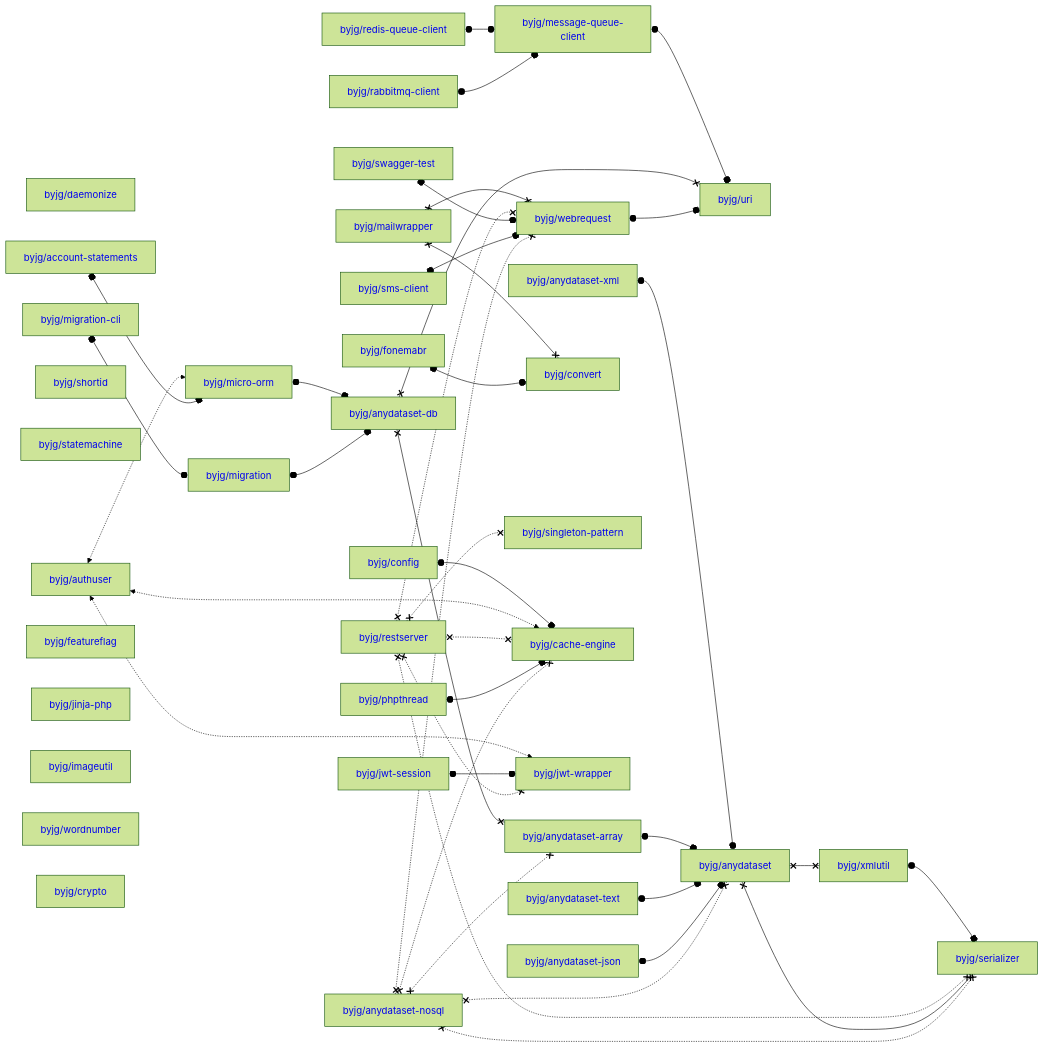
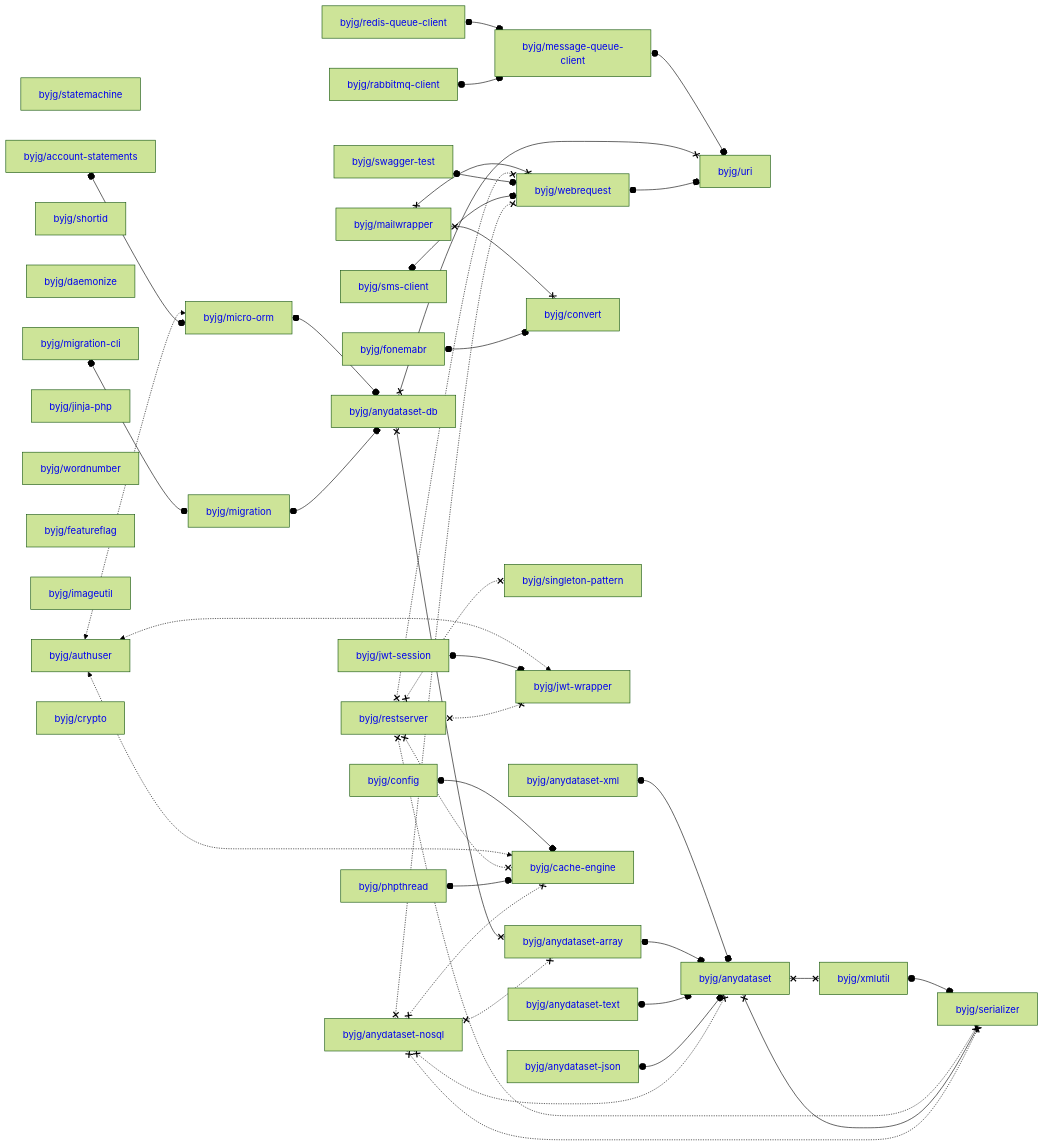
One commit to byjg/byjg.github.io changed the diagram in docs/php/README.md. Above: the diagram before and after it, drawn with Mermaid (forest theme). The commit also changed other lines of this file, not shown here.

Commit message:
Update documentation 'php' 'php-migration'

````diff
--- a/docs/php/README.md
+++ b/docs/php/README.md
@@ -3,80 +3,80 @@
 ```mermaid
 graph LR;
+  byjg/statemachine[<a href='https://opensource.byjg.com/docs/php/statemachine' style='text-decoration:none'>byjg/statemachine</a>];
+  byjg/config[<a href='https://opensource.byjg.com/docs/php/config' style='text-decoration:none'>byjg/config</a>];
+  byjg/swagger-test[<a href='https://opensource.byjg.com/docs/php/swagger-test' style='text-decoration:none'>byjg/swagger-test</a>];
+  byjg/anydataset-json[<a href='https://opensource.byjg.com/docs/php/anydataset-json' style='text-decoration:none'>byjg/anydataset-json</a>];
+  byjg/phpthread[<a href='https://opensource.byjg.com/docs/php/phpthread' style='text-decoration:none'>byjg/phpthread</a>];
+  byjg/authuser[<a href='https://opensource.byjg.com/docs/php/authuser' style='text-decoration:none'>byjg/authuser</a>];
+  byjg/jwt-session[<a href='https://opensource.byjg.com/docs/php/jwt-session' style='text-decoration:none'>byjg/jwt-session</a>];
+  byjg/shortid[<a href='https://opensource.byjg.com/docs/php/shortid' style='text-decoration:none'>byjg/shortid</a>];
+  byjg/anydataset-text[<a href='https://opensource.byjg.com/docs/php/anydataset-text' style='text-decoration:none'>byjg/anydataset-text</a>];
+  byjg/sms-client[<a href='https://opensource.byjg.com/docs/php/sms-client' style='text-decoration:none'>byjg/sms-client</a>];
+  byjg/fonemabr[<a href='https://opensource.byjg.com/docs/php/fonemabr' style='text-decoration:none'>byjg/fonemabr</a>];
+  byjg/daemonize[<a href='https://opensource.byjg.com/docs/php/daemonize' style='text-decoration:none'>byjg/daemonize</a>];
+  byjg/mailwrapper[<a href='https://opensource.byjg.com/docs/php/mailwrapper' style='text-decoration:none'>byjg/mailwrapper</a>];
+  byjg/migration-cli[<a href='https://opensource.byjg.com/docs/php/migration-cli' style='text-decoration:none'>byjg/migration-cli</a>];
+  byjg/jinja-php[<a href='https://opensource.byjg.com/docs/php/jinja-php' style='text-decoration:none'>byjg/jinja-php</a>];
+  byjg/wordnumber[<a href='https://opensource.byjg.com/docs/php/wordnumber' style='text-decoration:none'>byjg/wordnumber</a>];
+  byjg/featureflag[<a href='https://opensource.byjg.com/docs/php/featureflag' style='text-decoration:none'>byjg/featureflag</a>];
+  byjg/restserver[<a href='https://opensource.byjg.com/docs/php/restserver' style='text-decoration:none'>byjg/restserver</a>];
+  byjg/anydataset-xml[<a href='https://opensource.byjg.com/docs/php/anydataset-xml' style='text-decoration:none'>byjg/anydataset-xml</a>];
+  byjg/imageutil[<a href='https://opensource.byjg.com/docs/php/imageutil' style='text-decoration:none'>byjg/imageutil</a>];
+  byjg/anydataset-nosql[<a href='https://opensource.byjg.com/docs/php/anydataset-nosql' style='text-decoration:none'>byjg/anydataset-nosql</a>];
+  byjg/account-statements[<a href='https://opensource.byjg.com/docs/php/account-statements' style='text-decoration:none'>byjg/account-statements</a>];
+  byjg/crypto[<a href='https://opensource.byjg.com/docs/php/crypto' style='text-decoration:none'>byjg/crypto</a>];
   byjg/redis-queue-client[<a href='https://opensource.byjg.com/docs/php/redis-queue-client' style='text-decoration:none'>byjg/redis-queue-client</a>];
-  byjg/daemonize[<a href='https://opensource.byjg.com/docs/php/daemonize' style='text-decoration:none'>byjg/daemonize</a>];
-  byjg/authuser[<a href='https://opensource.byjg.com/docs/php/authuser' style='text-decoration:none'>byjg/authuser</a>];
-  byjg/config[<a href='https://opensource.byjg.com/docs/php/config' style='text-decoration:none'>byjg/config</a>];
-  byjg/account-statements[<a href='https://opensource.byjg.com/docs/php/account-statements' style='text-decoration:none'>byjg/account-statements</a>];
-  byjg/phpthread[<a href='https://opensource.byjg.com/docs/php/phpthread' style='text-decoration:none'>byjg/phpthread</a>];
-  byjg/anydataset-nosql[<a href='https://opensource.byjg.com/docs/php/anydataset-nosql' style='text-decoration:none'>byjg/anydataset-nosql</a>];
-  byjg/shortid[<a href='https://opensource.byjg.com/docs/php/shortid' style='text-decoration:none'>byjg/shortid</a>];
-  byjg/statemachine[<a href='https://opensource.byjg.com/docs/php/statemachine' style='text-decoration:none'>byjg/statemachine</a>];
-  byjg/migration-cli[<a href='https://opensource.byjg.com/docs/php/migration-cli' style='text-decoration:none'>byjg/migration-cli</a>];
   byjg/rabbitmq-client[<a href='https://opensource.byjg.com/docs/php/rabbitmq-client' style='text-decoration:none'>byjg/rabbitmq-client</a>];
-  byjg/anydataset-json[<a href='https://opensource.byjg.com/docs/php/anydataset-json' style='text-decoration:none'>byjg/anydataset-json</a>];
-  byjg/anydataset-text[<a href='https://opensource.byjg.com/docs/php/anydataset-text' style='text-decoration:none'>byjg/anydataset-text</a>];
-  byjg/mailwrapper[<a href='https://opensource.byjg.com/docs/php/mailwrapper' style='text-decoration:none'>byjg/mailwrapper</a>];
-  byjg/fonemabr[<a href='https://opensource.byjg.com/docs/php/fonemabr' style='text-decoration:none'>byjg/fonemabr</a>];
-  byjg/featureflag[<a href='https://opensource.byjg.com/docs/php/featureflag' style='text-decoration:none'>byjg/featureflag</a>];
-  byjg/jinja-php[<a href='https://opensource.byjg.com/docs/php/jinja-php' style='text-decoration:none'>byjg/jinja-php</a>];
-  byjg/jwt-session[<a href='https://opensource.byjg.com/docs/php/jwt-session' style='text-decoration:none'>byjg/jwt-session</a>];
-  byjg/swagger-test[<a href='https://opensource.byjg.com/docs/php/swagger-test' style='text-decoration:none'>byjg/swagger-test</a>];
-  byjg/restserver[<a href='https://opensource.byjg.com/docs/php/restserver' style='text-decoration:none'>byjg/restserver</a>];
-  byjg/imageutil[<a href='https://opensource.byjg.com/docs/php/imageutil' style='text-decoration:none'>byjg/imageutil</a>];
-  byjg/wordnumber[<a href='https://opensource.byjg.com/docs/php/wordnumber' style='text-decoration:none'>byjg/wordnumber</a>];
-  byjg/crypto[<a href='https://opensource.byjg.com/docs/php/crypto' style='text-decoration:none'>byjg/crypto</a>];
-  byjg/anydataset-xml[<a href='https://opensource.byjg.com/docs/php/anydataset-xml' style='text-decoration:none'>byjg/anydataset-xml</a>];
-  byjg/sms-client[<a href='https://opensource.byjg.com/docs/php/sms-client' style='text-decoration:none'>byjg/sms-client</a>];
-  byjg/micro-orm[<a href='https://opensource.byjg.com/docs/php/micro-orm' style='text-decoration:none'>byjg/micro-orm</a>];
+  byjg/convert[<a href='https://opensource.byjg.com/docs/php/convert' style='text-decoration:none'>byjg/convert</a>];
   byjg/migration[<a href='https://opensource.byjg.com/docs/php/migration' style='text-decoration:none'>byjg/migration</a>];
-  byjg/message-queue-client[<a href='https://opensource.byjg.com/docs/php/message-queue-client' style='text-decoration:none'>byjg/message-queue-client</a>];
-  byjg/convert[<a href='https://opensource.byjg.com/docs/php/convert' style='text-decoration:none'>byjg/convert</a>];
   byjg/singleton-pattern[<a href='https://opensource.byjg.com/docs/php/singleton-pattern' style='text-decoration:none'>byjg/singleton-pattern</a>];
-  byjg/cache-engine[<a href='https://opensource.byjg.com/docs/php/cache-engine' style='text-decoration:none'>byjg/cache-engine</a>];
   byjg/jwt-wrapper[<a href='https://opensource.byjg.com/docs/php/jwt-wrapper' style='text-decoration:none'>byjg/jwt-wrapper</a>];
   byjg/webrequest[<a href='https://opensource.byjg.com/docs/php/webrequest' style='text-decoration:none'>byjg/webrequest</a>];
+  byjg/cache-engine[<a href='https://opensource.byjg.com/docs/php/cache-engine' style='text-decoration:none'>byjg/cache-engine</a>];
+  byjg/micro-orm[<a href='https://opensource.byjg.com/docs/php/micro-orm' style='text-decoration:none'>byjg/micro-orm</a>];
+  byjg/message-queue-client[<a href='https://opensource.byjg.com/docs/php/message-queue-client' style='text-decoration:none'>byjg/message-queue-client</a>];
   byjg/anydataset-db[<a href='https://opensource.byjg.com/docs/php/anydataset-db' style='text-decoration:none'>byjg/anydataset-db</a>];
   byjg/anydataset-array[<a href='https://opensource.byjg.com/docs/php/anydataset-array' style='text-decoration:none'>byjg/anydataset-array</a>];
   byjg/uri[<a href='https://opensource.byjg.com/docs/php/uri' style='text-decoration:none'>byjg/uri</a>];
   byjg/anydataset[<a href='https://opensource.byjg.com/docs/php/anydataset' style='text-decoration:none'>byjg/anydataset</a>];
   byjg/xmlutil[<a href='https://opensource.byjg.com/docs/php/xmlutil' style='text-decoration:none'>byjg/xmlutil</a>];
   byjg/serializer[<a href='https://opensource.byjg.com/docs/php/serializer' style='text-decoration:none'>byjg/serializer</a>];
   byjg/anydataset-xml o--o byjg/anydataset;
   byjg/config o--o byjg/cache-engine;
   byjg/authuser <-.-> byjg/micro-orm;
   byjg/authuser <-.-> byjg/cache-engine;
   byjg/authuser <-.-> byjg/jwt-wrapper;
   byjg/jwt-session o--o byjg/jwt-wrapper;
   byjg/redis-queue-client o--o byjg/message-queue-client;
   byjg/xmlutil o--o byjg/serializer;
   byjg/anydataset-array o--o byjg/anydataset;
   byjg/anydataset-text o--o byjg/anydataset;
   byjg/mailwrapper x--x byjg/convert;
   byjg/mailwrapper x--x byjg/webrequest;
   byjg/restserver x-.-x byjg/serializer;
   byjg/restserver x-.-x byjg/singleton-pattern;
   byjg/restserver x-.-x byjg/cache-engine;
   byjg/restserver x-.-x byjg/webrequest;
   byjg/restserver x-.-x byjg/jwt-wrapper;
   byjg/anydataset x--x byjg/serializer;
   byjg/anydataset x--x byjg/xmlutil;
   byjg/micro-orm o--o byjg/anydataset-db;
   byjg/phpthread o--o byjg/cache-engine;
   byjg/anydataset-json o--o byjg/anydataset;
   byjg/swagger-test o--o byjg/webrequest;
   byjg/fonemabr o--o byjg/convert;
   byjg/account-statements o--o byjg/micro-orm;
   byjg/sms-client o--o byjg/webrequest;
   byjg/migration-cli o--o byjg/migration;
   byjg/message-queue-client o--o byjg/uri;
   byjg/anydataset-db x--x byjg/anydataset-array;
   byjg/anydataset-db x--x byjg/uri;
   byjg/webrequest o--o byjg/uri;
   byjg/migration o--o byjg/anydataset-db;
   byjg/rabbitmq-client o--o byjg/message-queue-client;
   byjg/anydataset-nosql x-.-x byjg/anydataset;
   byjg/anydataset-nosql x-.-x byjg/anydataset-array;
   byjg/anydataset-nosql x-.-x byjg/serializer;
   byjg/anydataset-nosql x-.-x byjg/webrequest;
   byjg/anydataset-nosql x-.-x byjg/cache-engine;
 ```
````
